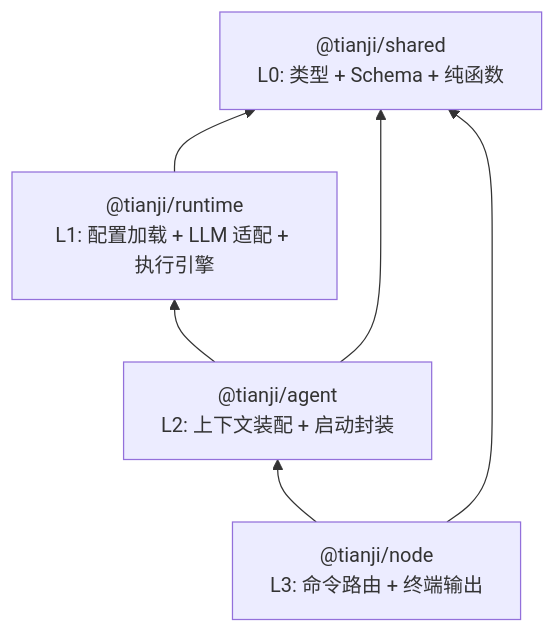
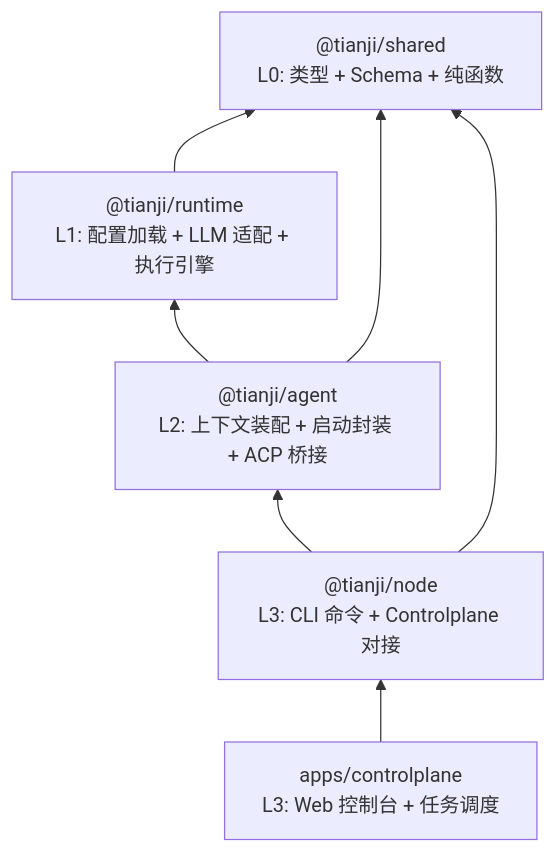
One commit to SXGC/tianji-ai changed the first of 4 diagrams in docs/ARCHITECTURE.md. Above: the diagram before and after it, drawn with Mermaid. The commit also changed other lines of this file and 1 other file, not shown here.

First line of the commit message:
test(controlplane): 提前校验 node e2e 构建前置条件

````diff
--- a/docs/ARCHITECTURE.md
+++ b/docs/ARCHITECTURE.md
@@ -34,13 +13,15 @@
 ```mermaid
 graph BT
     SHARED["@tianji/shared<br/>L0: 类型 + Schema + 纯函数"]
     RUNTIME["@tianji/runtime<br/>L1: 配置加载 + LLM 适配 + 执行引擎"]
-    AGENT["@tianji/agent<br/>L2: 上下文装配 + 启动封装"]
-    CLI["@tianji/node<br/>L3: 命令路由 + 终端输出"]
+    AGENT["@tianji/agent<br/>L2: 上下文装配 + 启动封装 + ACP 桥接"]
+    NODE["@tianji/node<br/>L3: CLI 命令 + Controlplane 对接"]
+    CP["apps/controlplane<br/>L3: Web 控制台 + 任务调度"]
 
     RUNTIME --> SHARED
     AGENT --> SHARED
     AGENT --> RUNTIME
-    CLI --> SHARED
-    CLI --> AGENT
+    NODE --> SHARED
+    NODE --> AGENT
+    CP --> NODE
 ```
````
